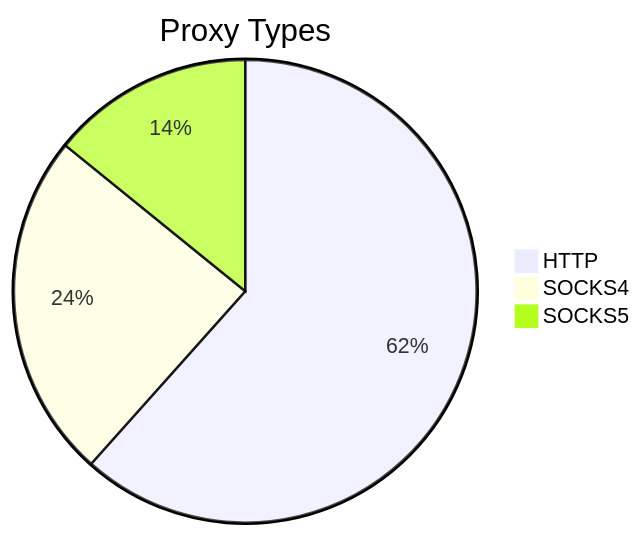
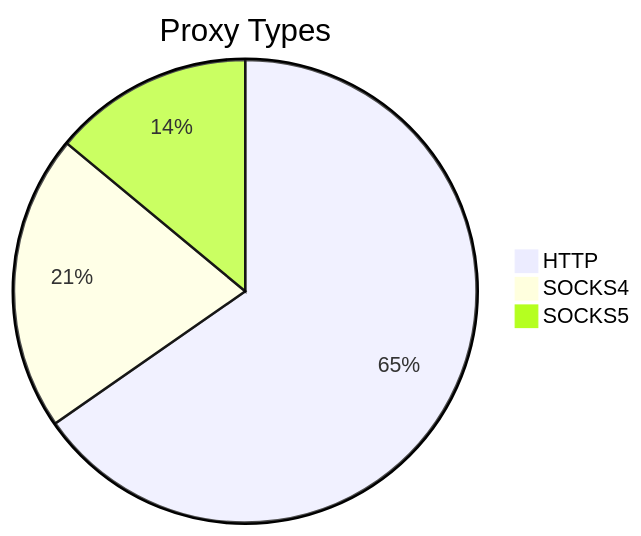
Before and after one commit to stormsia/proxy-list: the first of 2 diagrams in README.md, drawn with Mermaid. The commit also changed other lines of this file, not shown here.

````diff
--- a/README.md
+++ b/README.md
@@ -21,6 +21,6 @@
 ```mermaid
 pie title Proxy Types
-    "HTTP" : 409
-    "SOCKS4" : 161
-    "SOCKS5" : 94
+    "HTTP" : 243
+    "SOCKS4" : 77
+    "SOCKS5" : 52
 ```
````
